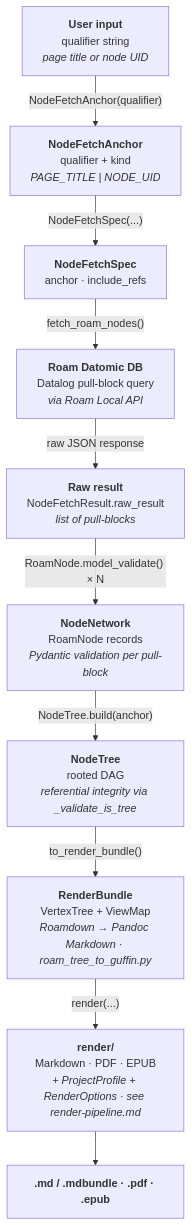
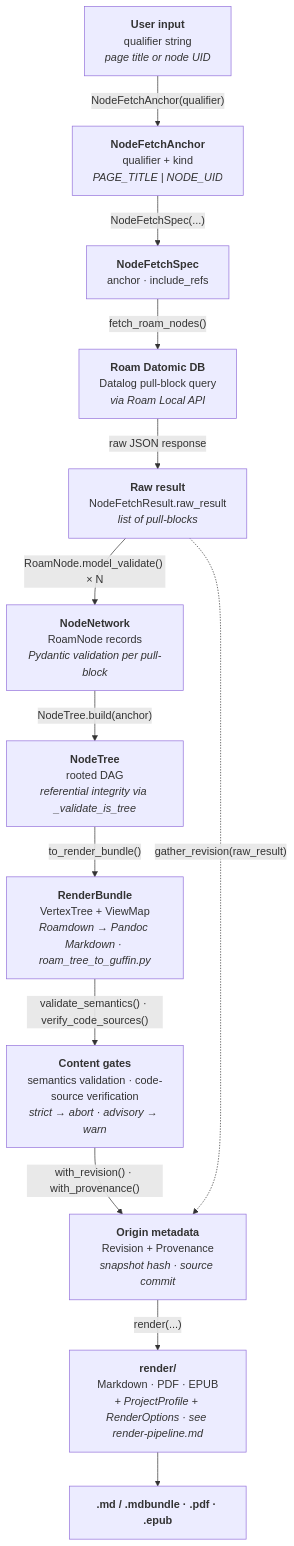
The second of 2 diagrams in docs/processing_pipeline.md (jpanico/guffin), drawn with Mermaid before and after one commit. The commit also changed other lines of this file, not shown here.

First line of the commit message:
Document the content gates in the processing pipeline overview

````diff
--- a/docs/processing_pipeline.md
+++ b/docs/processing_pipeline.md
@@ -43,25 +76,30 @@
 ```mermaid
 flowchart TD
     USER["<b>User input</b><br/>qualifier string<br/><i>page title or node UID</i>"]
     ANCHOR["<b>NodeFetchAnchor</b><br/>qualifier + kind<br/><i>PAGE_TITLE | NODE_UID</i>"]
     SPEC["<b>NodeFetchSpec</b><br/>anchor · include_refs"]
     QUERY["<b>Roam Datomic DB</b><br/>Datalog pull-block query<br/><i>via Roam Local API</i>"]
     RAW["<b>Raw result</b><br/>NodeFetchResult.raw_result<br/><i>list of pull-blocks</i>"]
     NETWORK["<b>NodeNetwork</b><br/>RoamNode records<br/><i>Pydantic validation per pull-block</i>"]
     TREE["<b>NodeTree</b><br/>rooted DAG<br/><i>referential integrity via _validate_is_tree</i>"]
     BUNDLE["<b>RenderBundle</b><br/>VertexTree + ViewMap<br/><i>Roamdown → Pandoc Markdown · roam_tree_to_guffin.py</i>"]
+    GATES["<b>Content gates</b><br/>semantics validation · code-source verification<br/><i>strict → abort · advisory → warn</i>"]
+    ORIGIN["<b>Origin metadata</b><br/>Revision + Provenance<br/><i>snapshot hash · source commit</i>"]
     RENDER["<b>render/</b><br/>Markdown · PDF · EPUB<br/><i>+ ProjectProfile + RenderOptions · see render-pipeline.md</i>"]
     OUT["<b>.md / .mdbundle · .pdf · .epub</b>"]
 
     USER    -->|"NodeFetchAnchor(qualifier)"| ANCHOR
     ANCHOR  -->|"NodeFetchSpec(...)"| SPEC
     SPEC    -->|"fetch_roam_nodes()"| QUERY
     QUERY   -->|"raw JSON response"| RAW
     RAW     -->|"RoamNode.model_validate() × N"| NETWORK
     NETWORK -->|"NodeTree.build(anchor)"| TREE
     TREE    -->|"to_render_bundle()"| BUNDLE
-    BUNDLE  -->|"render(...)"| RENDER
+    BUNDLE  -->|"validate_semantics() · verify_code_sources()"| GATES
+    GATES   -->|"with_revision() · with_provenance()"| ORIGIN
+    ORIGIN  -->|"render(...)"| RENDER
     RENDER  --> OUT
+    RAW     -.->|"gather_revision(raw_result)"| ORIGIN
 
     click RENDER "render-pipeline.md" "Render pipeline (details)"
 ```
````
